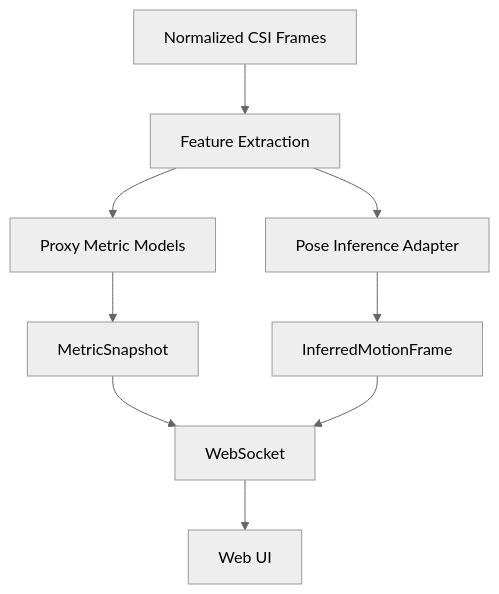
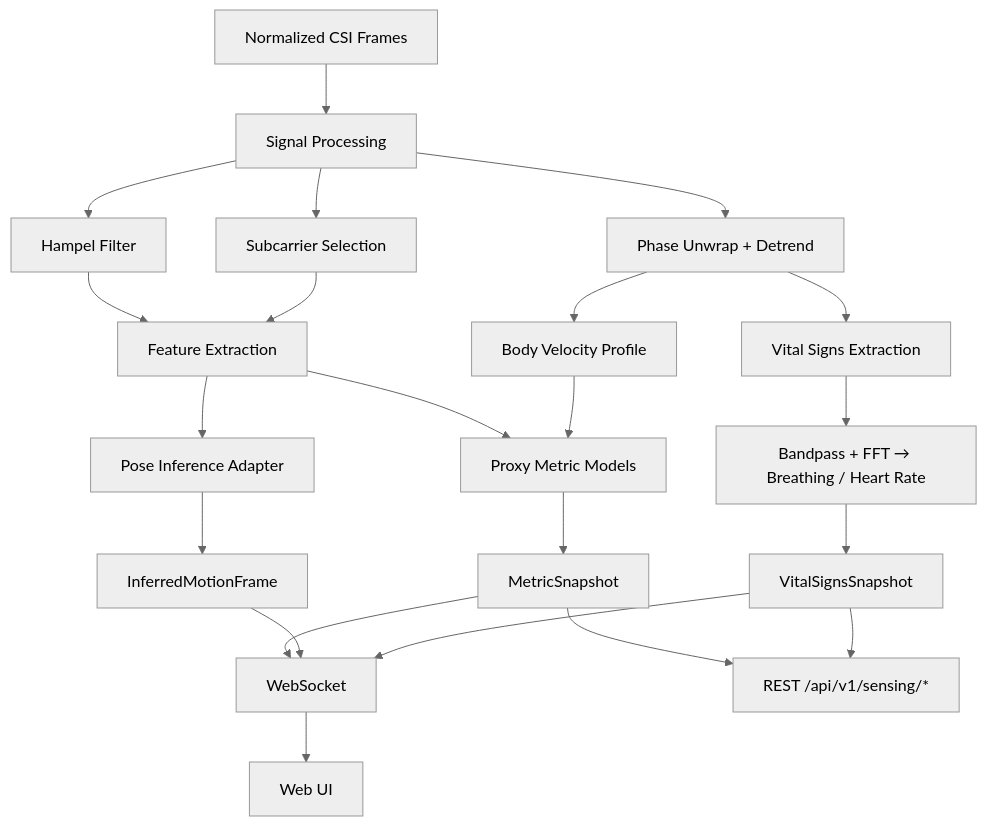
The third of 4 diagrams in docs/architecture.md (rjamoriz/Biomechanics-RadioFrecuency), drawn with Mermaid (neutral theme) before and after one commit. The commit also changed other lines of this file and 33 other files, not shown here.

First line of the commit message:
feat: add RuView-inspired signal processing, vital signs, REST API, Docker, and tests

````diff
--- a/docs/architecture.md
+++ b/docs/architecture.md
@@ -48,11 +48,24 @@
 ```mermaid
 graph TD
-    CSI[Normalized CSI Frames] --> FE[Feature Extraction]
+    CSI[Normalized CSI Frames] --> SP[Signal Processing]
+    SP --> HF[Hampel Filter]
+    SP --> PU[Phase Unwrap + Detrend]
+    SP --> SC[Subcarrier Selection]
+    HF --> FE[Feature Extraction]
+    PU --> VS[Vital Signs Extraction]
+    SC --> FE
+    PU --> BVP[Body Velocity Profile]
+    VS --> BP[Bandpass + FFT → Breathing / Heart Rate]
     FE --> PM[Proxy Metric Models]
     FE --> PI[Pose Inference Adapter]
+    BVP --> PM
     PM --> MS[MetricSnapshot]
     PI --> MF[InferredMotionFrame]
+    BP --> VSS[VitalSignsSnapshot]
     MS --> WS[WebSocket]
     MF --> WS
+    VSS --> WS
     WS --> UI[Web UI]
+    MS --> REST[REST /api/v1/sensing/*]
+    VSS --> REST
 ```
````
